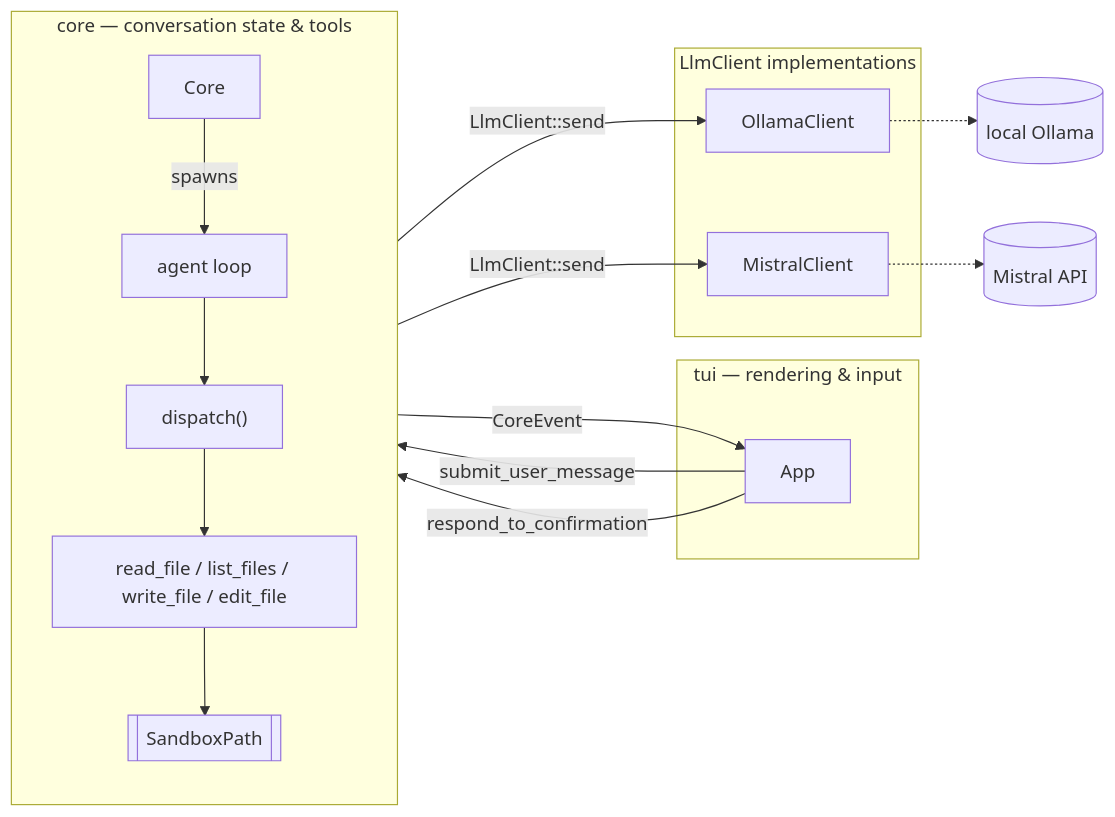
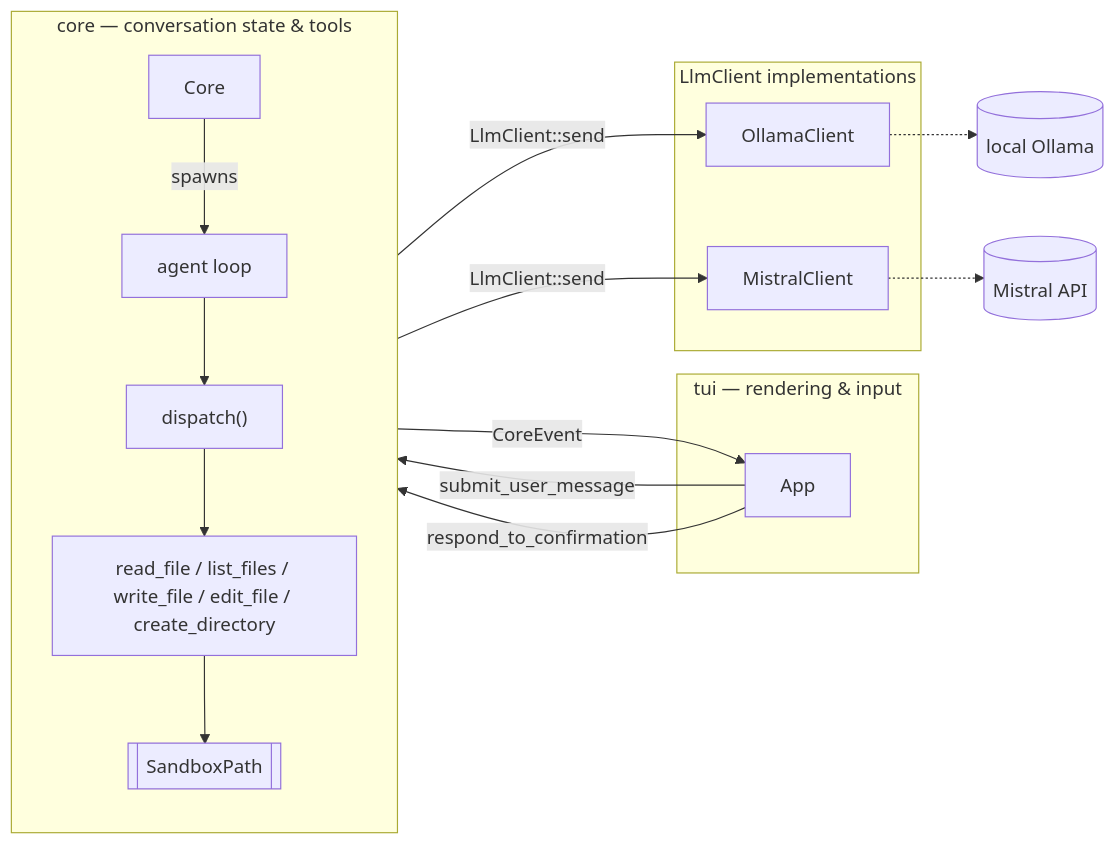
The diagram in ARCHITECTURE.md (sukkis/emed-code), drawn with Mermaid before and after one commit. The commit also changed other lines of this file and 3 other files, not shown here.

Commit message:
Document create_directory in README/ARCHITECTURE/SECURITY, and use mistral-medium-latest as the example model (codestral is a poor tool-selector)

````diff
--- a/ARCHITECTURE.md
+++ b/ARCHITECTURE.md
@@ -9,32 +9,32 @@
 ```mermaid
 flowchart LR
     subgraph TUI["tui — rendering & input"]
         App
     end
 
     subgraph Core["core — conversation state & tools"]
         direction TB
         CoreStruct["Core"]
         Loop["agent loop"]
         Dispatch["dispatch()"]
-        Tools["read_file / list_files / write_file / edit_file"]
+        Tools["read_file / list_files / write_file / edit_file / create_directory"]
         Sandbox[["SandboxPath"]]
     end
 
     subgraph Providers["LlmClient implementations"]
         Ollama["OllamaClient"]
         Mistral["MistralClient"]
     end
 
     App -- "submit_user_message" --> CoreStruct
     CoreStruct -- "spawns" --> Loop
     Loop -- "CoreEvent" --> App
     App -- "respond_to_confirmation" --> Loop
     Loop --> Dispatch
     Dispatch --> Tools
     Tools --> Sandbox
     Loop -- "LlmClient::send" --> Ollama
     Loop -- "LlmClient::send" --> Mistral
     Ollama -.-> OllamaAPI[("local Ollama")]
     Mistral -.-> MistralAPI[("Mistral API")]
 ```
````
